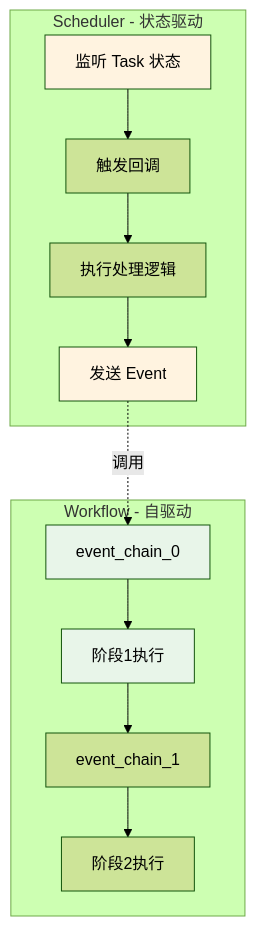
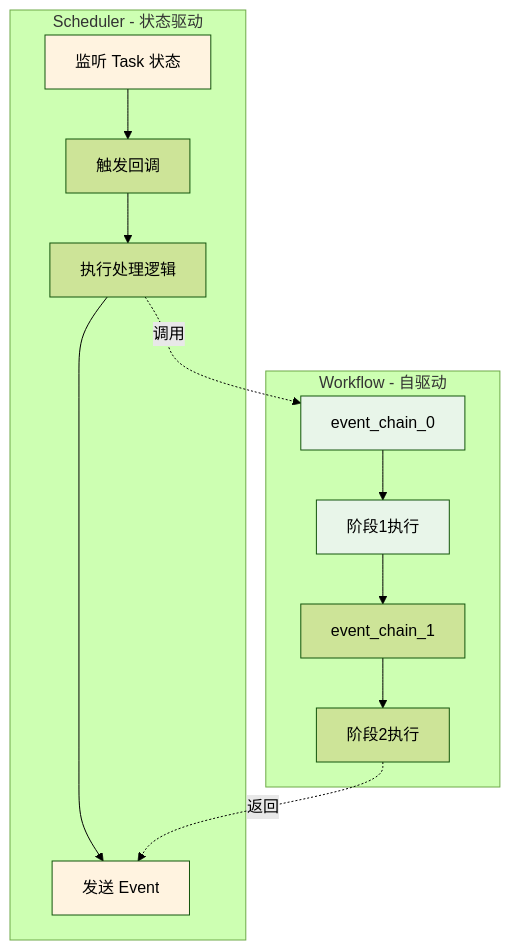
One commit to Koko12137/tasking-community changed the fifth of 5 diagrams in tasking/README.md. Above: the diagram before and after it, drawn with Mermaid (forest theme). The commit also changed other lines of this file and 36 other files, not shown here.

````diff
--- a/tasking/README.md
+++ b/tasking/README.md
@@ -351,21 +351,22 @@
 ```mermaid
 graph TD
     subgraph "Scheduler - 状态驱动"
         S1[监听 Task 状态] --> S2[触发回调]
         S2 --> S3[执行处理逻辑]
         S3 --> S4[发送 Event]
     end
 
     subgraph "Workflow - 自驱动"
         W1[event_chain_0] --> W2[阶段1执行]
         W2 --> W3[event_chain_1]
         W3 --> W4[阶段2执行]
     end
 
-    S4 -.->|调用| W1
+    S3 -.->|调用| W1
+    W4 -.->|返回| S4
 
     style S1 fill:#fff3e0
     style S4 fill:#fff3e0
     style W1 fill:#e8f5e9
     style W2 fill:#e8f5e9
 ```
````
